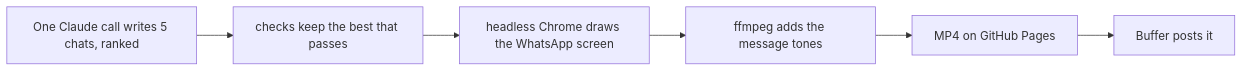
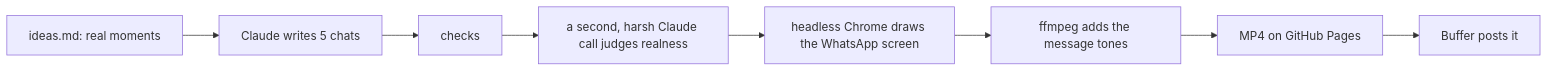
Before and after one commit to Akashno/mummy-is-typing: the diagram in README.md, drawn with Mermaid. The commit also changed other lines of this file and 16 other files, not shown here.

````diff
--- a/README.md
+++ b/README.md
@@ -7,8 +7,10 @@
 ```mermaid
 flowchart LR
-  A[One Claude call writes 5 chats, ranked] --> B[checks keep the best that passes]
-  B --> C[headless Chrome draws the WhatsApp screen]
+  I[ideas.md: real moments] --> A
+  A[Claude writes 5 chats] --> B[checks]
+  B --> J[a second, harsh Claude call judges realness]
+  J --> C[headless Chrome draws the WhatsApp screen]
   C --> D[ffmpeg adds the message tones]
   D --> E[MP4 on GitHub Pages]
   E --> F[Buffer posts it]
 ```
````
